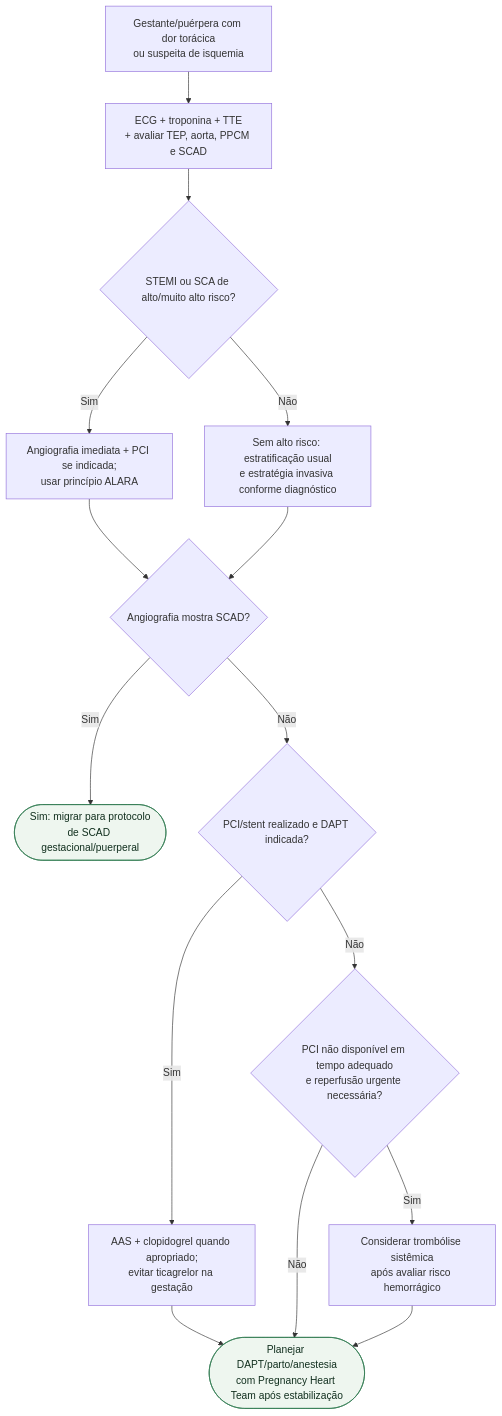
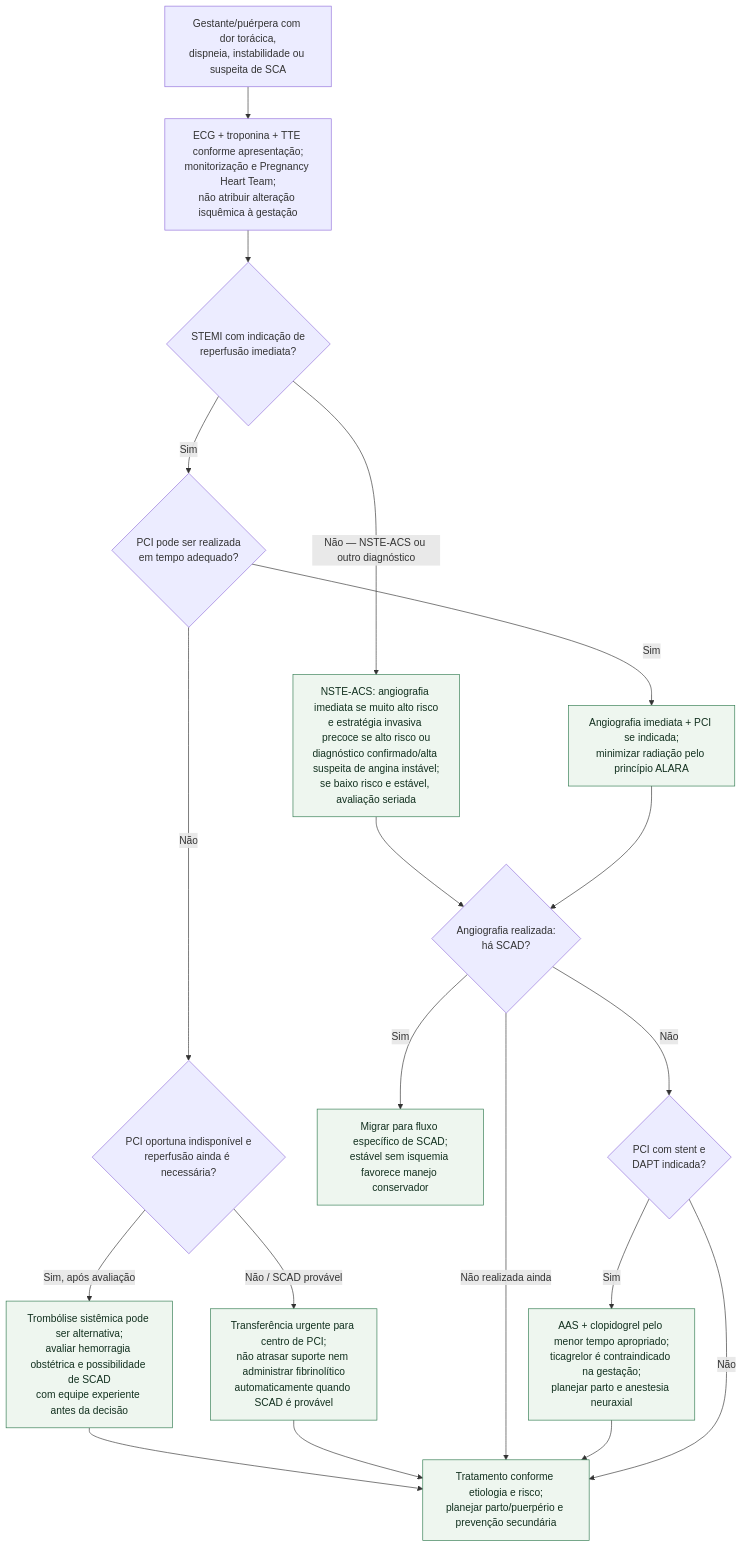
Before and after one commit to rafaelpaesmeirelles/MeuCardio: the diagram in content/Gravidez/fluxograma-sindrome-coronariana-aguda-na-gestacao-e-puerperio.md, drawn with Mermaid. The commit also changed other lines of this file and 201 other files, not shown here.

````diff
--- a/content/Gravidez/fluxograma-sindrome-coronariana-aguda-na-gestacao-e-puerperio.md
+++ b/content/Gravidez/fluxograma-sindrome-coronariana-aguda-na-gestacao-e-puerperio.md
@@ -13,33 +21,33 @@
 ```mermaid
 flowchart TD
-  R0["Gestante/puérpera com dor torácica<br/>ou suspeita de isquemia"]
-  P1["ECG + troponina + TTE<br/>+ avaliar TEP, aorta, PPCM e SCAD"]
-  D1{"STEMI ou SCA de alto/muito alto risco?"}
-  P2["Angiografia imediata + PCI se indicada;<br/>usar princípio ALARA"]
-  P3["Sem alto risco: estratificação usual<br/>e estratégia invasiva conforme diagnóstico"]
-  D2{"Angiografia mostra SCAD?"}
-  C1(["Sim: migrar para protocolo<br/>de SCAD gestacional/puerperal"])
-  D3{"PCI/stent realizado e DAPT indicada?"}
-  P4["AAS + clopidogrel quando apropriado;<br/>evitar ticagrelor na gestação"]
-  D4{"PCI não disponível em tempo adequado<br/>e reperfusão urgente necessária?"}
-  P5["Considerar trombólise sistêmica<br/>após avaliar risco hemorrágico"]
-  C2(["Planejar DAPT/parto/anestesia<br/>com Pregnancy Heart Team após estabilização"])
+  A["Gestante/puérpera com dor torácica,<br/>dispneia, instabilidade ou suspeita de SCA"]
+  B["ECG + troponina + TTE conforme apresentação;<br/>monitorização e Pregnancy Heart Team;<br/>não atribuir alteração isquêmica à gestação"]
+  C{"STEMI com indicação de<br/>reperfusão imediata?"}
+  D{"PCI pode ser realizada<br/>em tempo adequado?"}
+  E["Angiografia imediata + PCI se indicada;<br/>minimizar radiação pelo princípio ALARA"]
+  F{"PCI oportuna indisponível e<br/>reperfusão ainda é necessária?"}
+  G["Trombólise sistêmica pode ser alternativa;<br/>avaliar hemorragia obstétrica e possibilidade de SCAD<br/>com equipe experiente antes da decisão"]
+  H["Transferência urgente para centro de PCI;<br/>não atrasar suporte nem administrar fibrinolítico<br/>automaticamente quando SCAD é provável"]
+  I["NSTE-ACS: angiografia imediata se muito alto risco<br/>e estratégia invasiva precoce se alto risco ou<br/>diagnóstico confirmado/alta suspeita de angina instável;<br/>se baixo risco e estável, avaliação seriada"]
+  J{"Angiografia realizada:<br/>há SCAD?"}
+  K["Migrar para fluxo específico de SCAD;<br/>estável sem isquemia favorece manejo conservador"]
+  L{"PCI com stent e<br/>DAPT indicada?"}
+  M["AAS + clopidogrel pelo menor tempo apropriado;<br/>ticagrelor é contraindicado na gestação;<br/>planejar parto e anestesia neuraxial"]
+  N["Tratamento conforme etiologia e risco;<br/>planejar parto/puerpério e prevenção secundária"]
 
-  R0 --> P1
-  P1 --> D1
-  D1 -->|"Sim"| P2
-  D1 -->|"Não"| P3
-  P2 --> D2
-  P3 --> D2
-  D2 -->|"Sim"| C1
-  D2 -->|"Não"| D3
-  D3 -->|"Sim"| P4
-  D3 -->|"Não"| D4
-  P4 --> C2
-  D4 -->|"Sim"| P5
-  D4 -->|"Não"| C2
-  P5 --> C2
+  A --> B --> C
+  C -->|"Sim"| D
+  C -->|"Não — NSTE-ACS ou outro diagnóstico"| I --> J
+  D -->|"Sim"| E --> J
+  D -->|"Não"| F
+  F -->|"Sim, após avaliação"| G --> N
+  F -->|"Não / SCAD provável"| H --> N
+  J -->|"Sim"| K
+  J -->|"Não"| L
+  J -->|"Não realizada ainda"| N
+  L -->|"Sim"| M --> N
+  L -->|"Não"| N
 
-  classDef conduta fill:#eef6ef,stroke:#2f7a4f,color:#12301f;
-  class C1,C2 conduta;
+  classDef action fill:#eef6ef,stroke:#2f7a4f,color:#12301f;
+  class E,G,H,I,K,M,N action;
 ```
````
